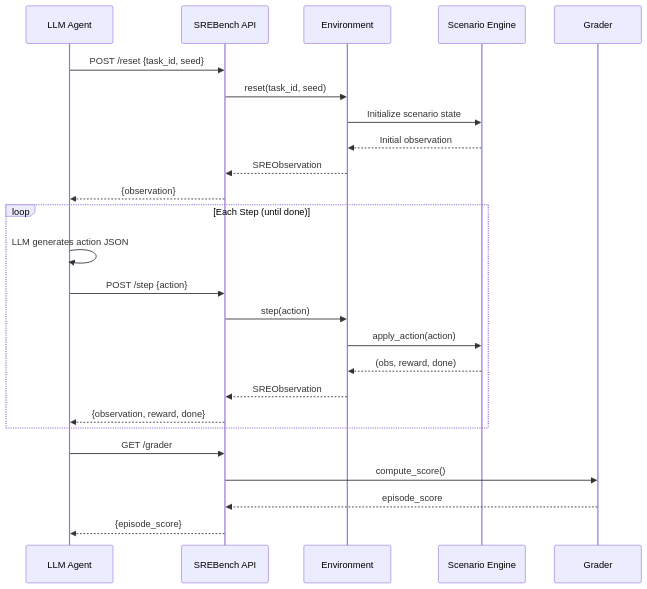
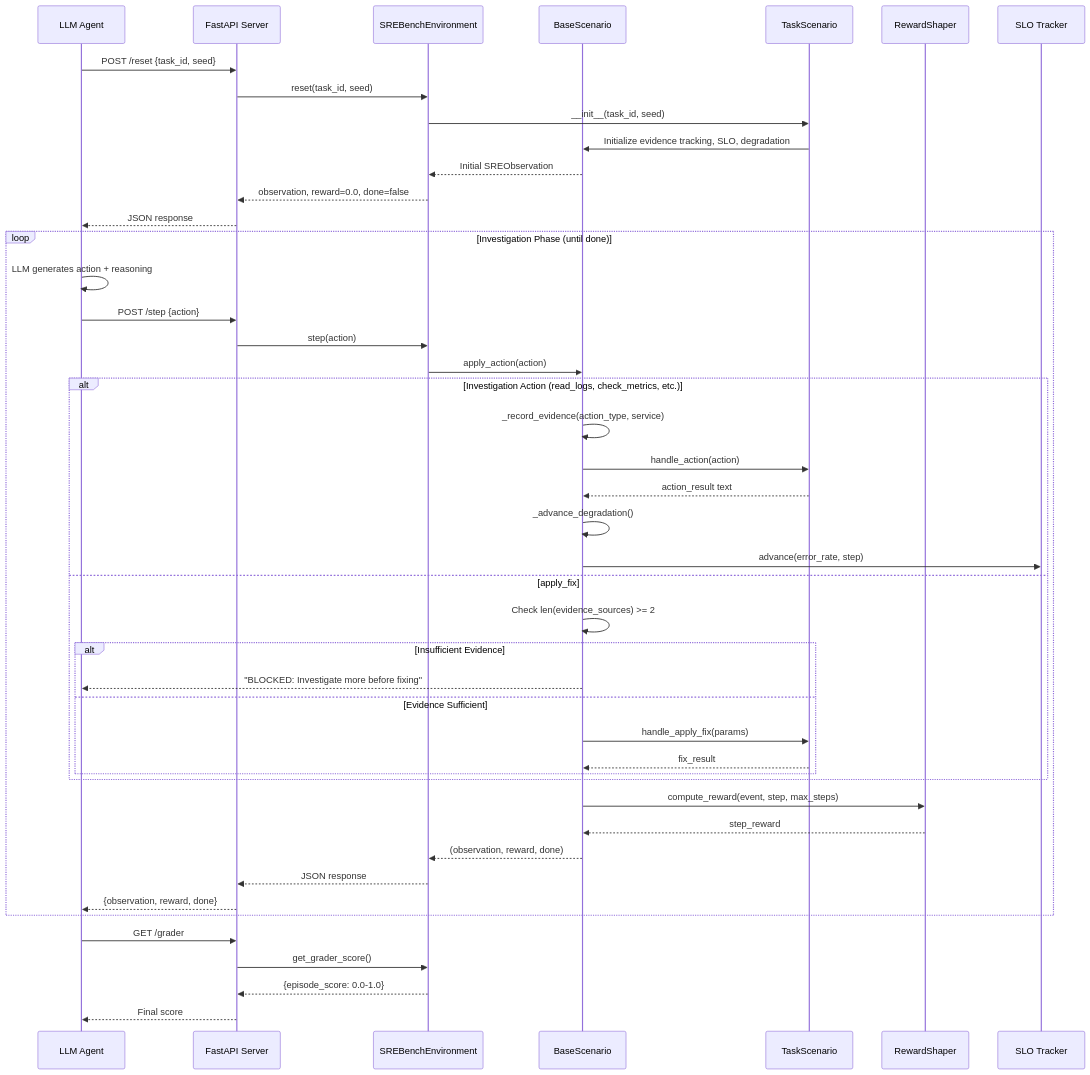
One commit to Airocult/Scaler-Meta-Competition-2026 changed the fourth of 15 diagrams in README.md. Above: the diagram before and after it, drawn with Mermaid. The commit also changed other lines of this file, not shown here.

Commit message:
Complete README rewrite: 16 tasks, Mermaid diagrams, UML, novel mechanics, investigation gating

````diff
--- a/README.md
+++ b/README.md
@@ -134,30 +221,52 @@
 ```mermaid
 sequenceDiagram
     participant Agent as LLM Agent
-    participant API as SREBench API
-    participant Env as Environment
-    participant Scenario as Scenario Engine
-    participant Grader as Grader
+    participant API as FastAPI Server
+    participant Env as SREBenchEnvironment
+    participant Base as BaseScenario
+    participant Task as TaskScenario
+    participant Reward as RewardShaper
+    participant SLO as SLO Tracker
 
     Agent->>API: POST /reset {task_id, seed}
     API->>Env: reset(task_id, seed)
-    Env->>Scenario: Initialize scenario state
-    Scenario-->>Env: Initial observation
-    Env-->>API: SREObservation
-    API-->>Agent: {observation}
+    Env->>Task: __init__(task_id, seed)
+    Task->>Base: Initialize evidence tracking, SLO, degradation
+    Base-->>Env: Initial SREObservation
+    Env-->>API: observation, reward=0.0, done=false
+    API-->>Agent: JSON response
 
-    loop Each Step (until done)
-        Agent->>Agent: LLM generates action JSON
+    loop Investigation Phase (until done)
+        Agent->>Agent: LLM generates action + reasoning
         Agent->>API: POST /step {action}
         API->>Env: step(action)
-        Env->>Scenario: apply_action(action)
-        Scenario-->>Env: (obs, reward, done)
-        Env-->>API: SREObservation
+        Env->>Base: apply_action(action)
+
+        alt Investigation Action (read_logs, check_metrics, etc.)
+            Base->>Base: _record_evidence(action_type, service)
+            Base->>Task: handle_action(action)
+            Task-->>Base: action_result text
+            Base->>Base: _advance_degradation()
+            Base->>SLO: advance(error_rate, step)
+        else apply_fix
+            Base->>Base: Check len(evidence_sources) >= 2
+            alt Insufficient Evidence
+                Base-->>Agent: "BLOCKED: Investigate more before fixing"
+            else Evidence Sufficient
+                Base->>Task: handle_apply_fix(params)
+                Task-->>Base: fix_result
+            end
+        end
+
+        Base->>Reward: compute_reward(event, step, max_steps)
+        Reward-->>Base: step_reward
+        Base-->>Env: (observation, reward, done)
+        Env-->>API: JSON response
         API-->>Agent: {observation, reward, done}
     end
 
     Agent->>API: GET /grader
-    API->>Grader: compute_score()
-    Grader-->>API: episode_score
-    API-->>Agent: {episode_score}
+    API->>Env: get_grader_score()
+    Env-->>API: {episode_score: 0.0-1.0}
+    API-->>Agent: Final score
 ```
````
